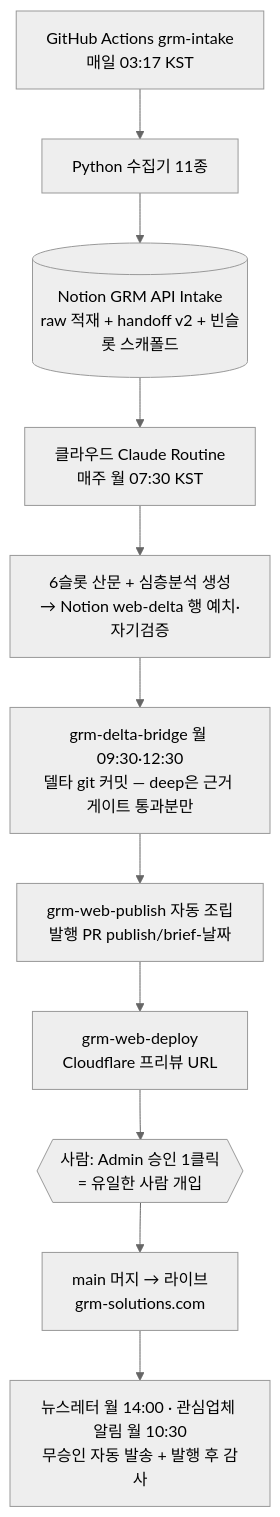
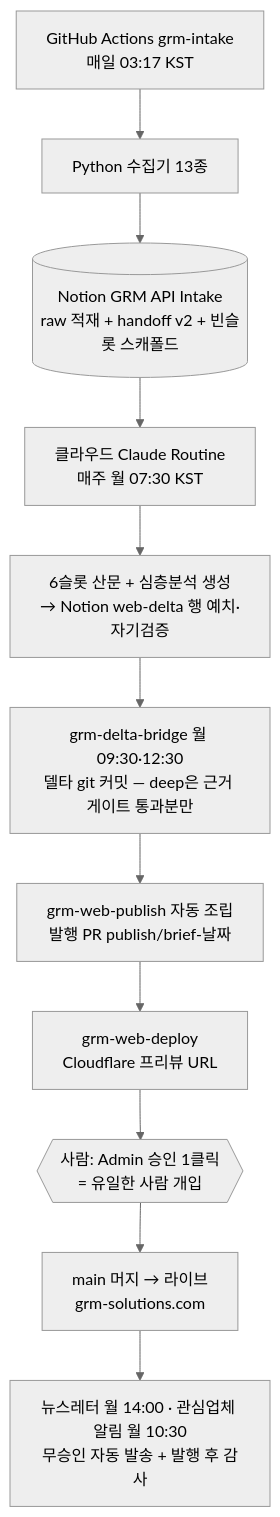
The second of 3 diagrams in GRM_SYSTEM.md (MINHOYEOM/grm-api-intake), drawn with Mermaid (neutral theme) before and after one commit. The commit also changed other lines of this file and 1 other file, not shown here.

First line of the commit message:
fix(ci): grm-intake valid_sources에 fda483 토큰 추가 + GRM_SYSTEM.md 소스 개수 정정(11종→13종)

````diff
--- a/GRM_SYSTEM.md
+++ b/GRM_SYSTEM.md
@@ -111,13 +111,13 @@
 ```mermaid
 flowchart TD
-    A[GitHub Actions grm-intake<br/>매일 03:17 KST] --> B[Python 수집기 11종]
+    A[GitHub Actions grm-intake<br/>매일 03:17 KST] --> B[Python 수집기 13종]
     B --> C[(Notion GRM API Intake<br/>raw 적재 + handoff v2 + 빈슬롯 스캐폴드)]
     C --> D[클라우드 Claude Routine<br/>매주 월 07:30 KST]
     D --> E[6슬롯 산문 + 심층분석 생성<br/>→ Notion web-delta 행 예치·자기검증]
     E --> F[grm-delta-bridge 월 09:30·12:30<br/>델타 git 커밋 — deep은 근거 게이트 통과분만]
     F --> G[grm-web-publish 자동 조립<br/>발행 PR publish/brief-날짜]
     G --> H[grm-web-deploy<br/>Cloudflare 프리뷰 URL]
     H --> I{{사람: Admin 승인 1클릭<br/>= 유일한 사람 개입}}
     I --> J[main 머지 → 라이브<br/>grm-solutions.com]
     J --> K[뉴스레터 월 14:00 · 관심업체 알림 월 10:30<br/>무승인 자동 발송 + 발행 후 감사]
 ```
````
